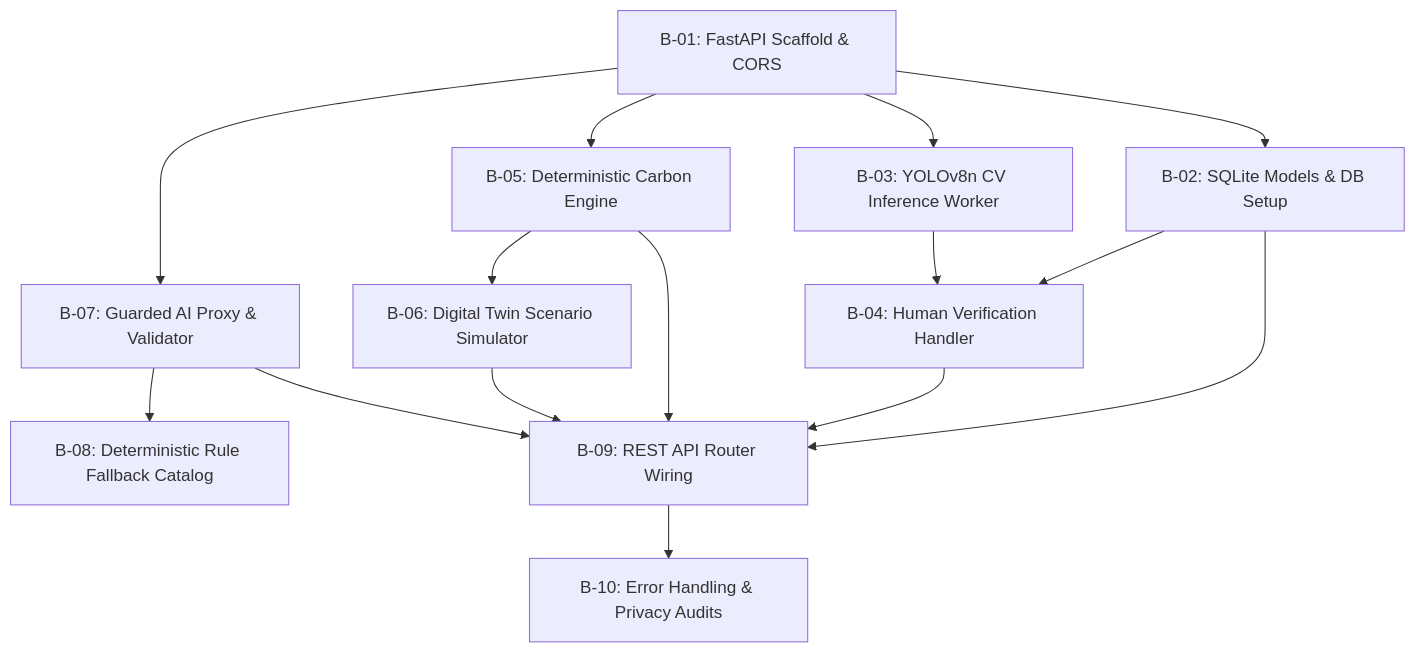
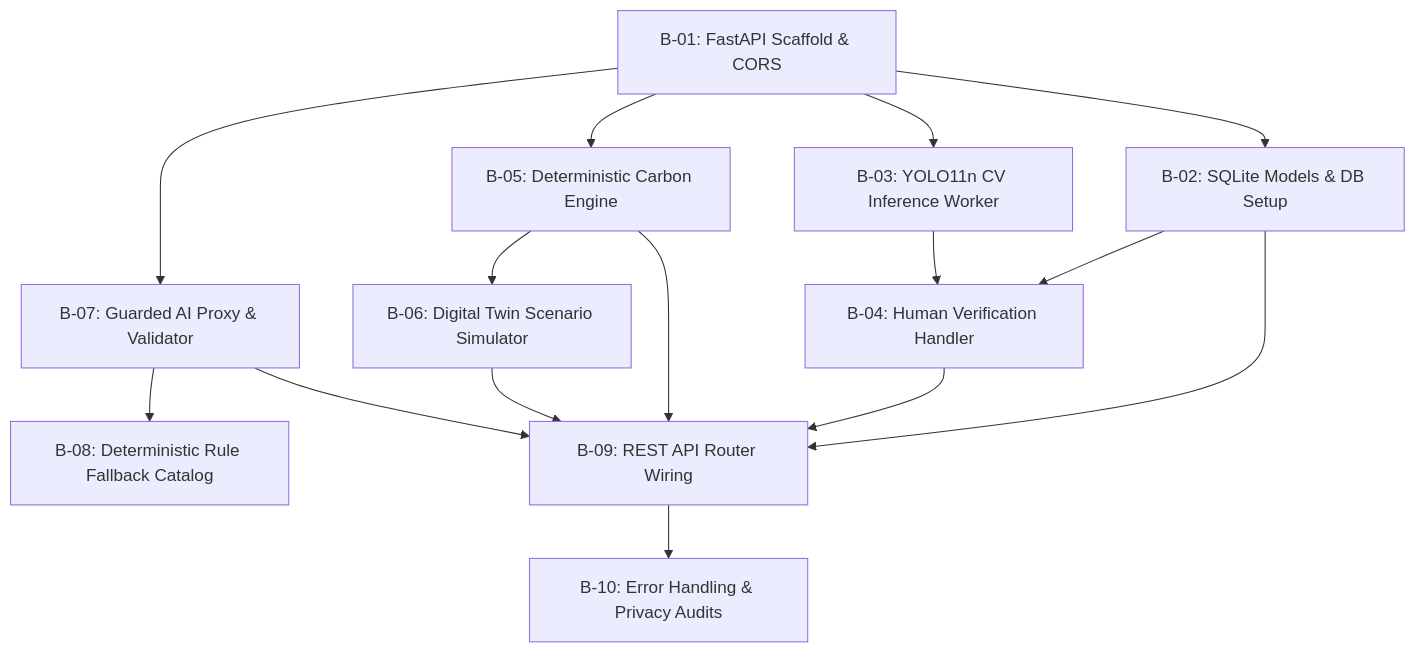
The diagram in TraceTwin_Documentation/BACKEND.md (ManojR-cs/CarboSync), drawn with Mermaid before and after one commit. The commit also changed other lines of this file and 10 other files, not shown here.

````diff
--- a/TraceTwin_Documentation/BACKEND.md
+++ b/TraceTwin_Documentation/BACKEND.md
@@ -61,12 +61,12 @@
 ```mermaid
 graph TD
     B01[B-01: FastAPI Scaffold & CORS] --> B02[B-02: SQLite Models & DB Setup]
-    B01 --> B03[B-03: YOLOv8n CV Inference Worker]
+    B01 --> B03[B-03: YOLO11n CV Inference Worker]
     B02 & B03 --> B04[B-04: Human Verification Handler]
     B01 --> B05[B-05: Deterministic Carbon Engine]
     B05 --> B06[B-06: Digital Twin Scenario Simulator]
     B01 --> B07[B-07: Guarded AI Proxy & Validator]
     B07 --> B08[B-08: Deterministic Rule Fallback Catalog]
     B02 & B04 & B05 & B06 & B07 --> B09[B-09: REST API Router Wiring]
     B09 --> B10[B-10: Error Handling & Privacy Audits]
 ```
````
